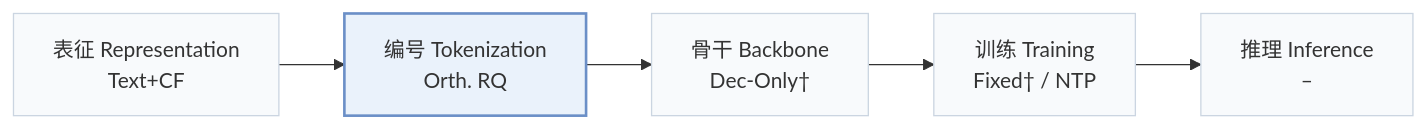
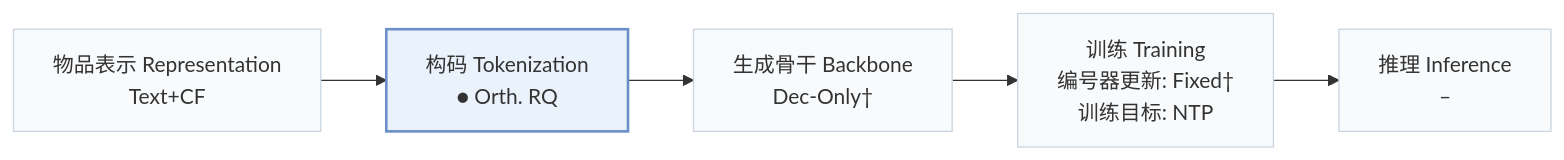
The first of 2 diagrams in pages/zh/papers/dos.md (Galaxy-ghost/Awesome-SID-Generative-Rec), drawn with Mermaid before and after one commit. The commit also changed other lines of this file and 558 other files, not shown here.

````diff
--- a/pages/zh/papers/dos.md
+++ b/pages/zh/papers/dos.md
@@ -15,8 +18,8 @@
 ```mermaid
 flowchart LR
-    R["表征 Representation<br/>Text+CF"] --> T["编号 Tokenization<br/>Orth. RQ"] --> B["骨干 Backbone<br/>Dec-Only†"] --> TR["训练 Training<br/>Fixed† / NTP"] --> I["推理 Inference<br/>–"]
+    R["物品表示 Representation<br/>Text+CF"] --> T["构码 Tokenization<br/>● Orth. RQ"] --> B["生成骨干 Backbone<br/>Dec-Only†"] --> TR["训练 Training<br/>编号器更新: Fixed†<br/>训练目标: NTP"] --> I["推理 Inference<br/>–"]
     classDef base fill:#f8fafc,stroke:#cbd5e1
     class R,T,B,TR,I base
     classDef main fill:#eaf2fb,stroke:#6b8fc7,stroke-width:2px
     class T main
 ```
````
